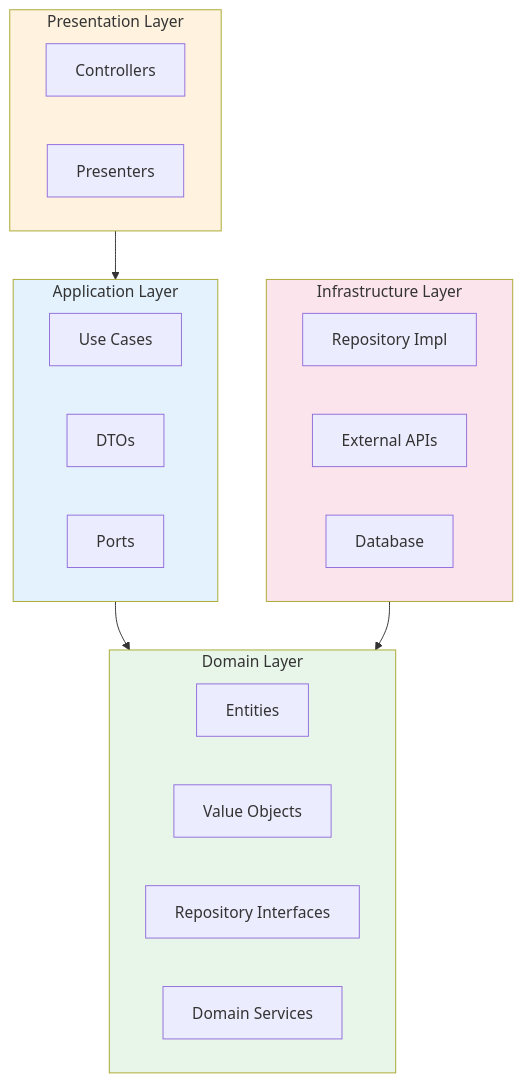
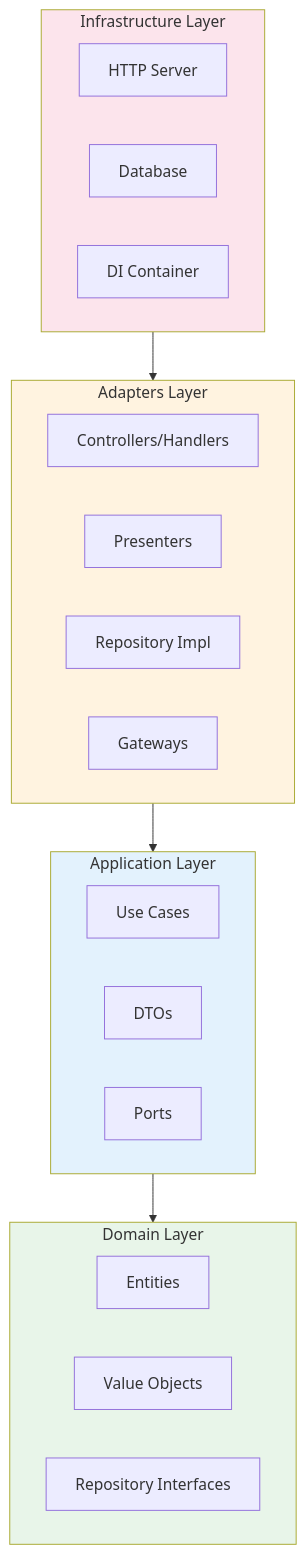
One commit to Wondermove-Inc/calab-claude-plugin changed the diagram in plugins/architecture/README.md. Above: the diagram before and after it, drawn with Mermaid. The commit also changed other lines of this file and 16 other files, not shown here.

First line of the commit message:
[refactor]: architecture 스킬 언어별 분리 → 통합 구조로 개선

````diff
--- a/plugins/architecture/README.md
+++ b/plugins/architecture/README.md
@@ -53,35 +45,36 @@
 ```mermaid
 flowchart TB
-    subgraph Presentation["Presentation Layer"]
-        C["Controllers"]
+    subgraph Adapters["Adapters Layer"]
+        C["Controllers/Handlers"]
         P["Presenters"]
+        RI["Repository Impl"]
+        GW["Gateways"]
     end
 
     subgraph Application["Application Layer"]
         UC["Use Cases"]
         DTO["DTOs"]
         Port["Ports"]
     end
 
     subgraph Domain["Domain Layer"]
         E["Entities"]
         VO["Value Objects"]
-        RI["Repository Interfaces"]
-        DS["Domain Services"]
+        RepoI["Repository Interfaces"]
     end
 
     subgraph Infrastructure["Infrastructure Layer"]
-        Repo["Repository Impl"]
-        API["External APIs"]
+        HTTP["HTTP Server"]
         DB["Database"]
+        DI["DI Container"]
     end
 
-    Presentation --> Application
+    Infrastructure --> Adapters
+    Adapters --> Application
     Application --> Domain
-    Infrastructure --> Domain
 
     style Domain fill:#e8f5e9
     style Application fill:#e3f2fd
-    style Presentation fill:#fff3e0
+    style Adapters fill:#fff3e0
     style Infrastructure fill:#fce4ec
 ```
````
